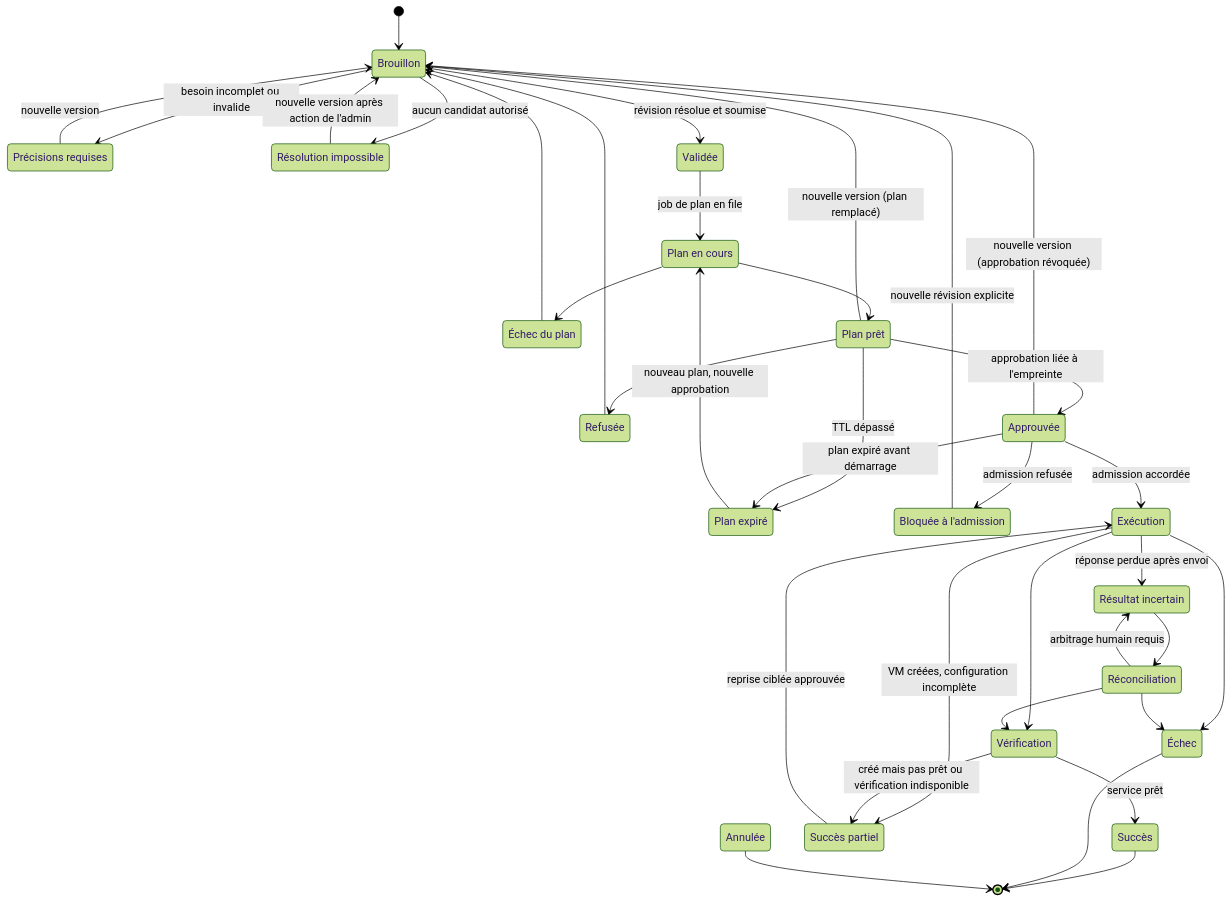
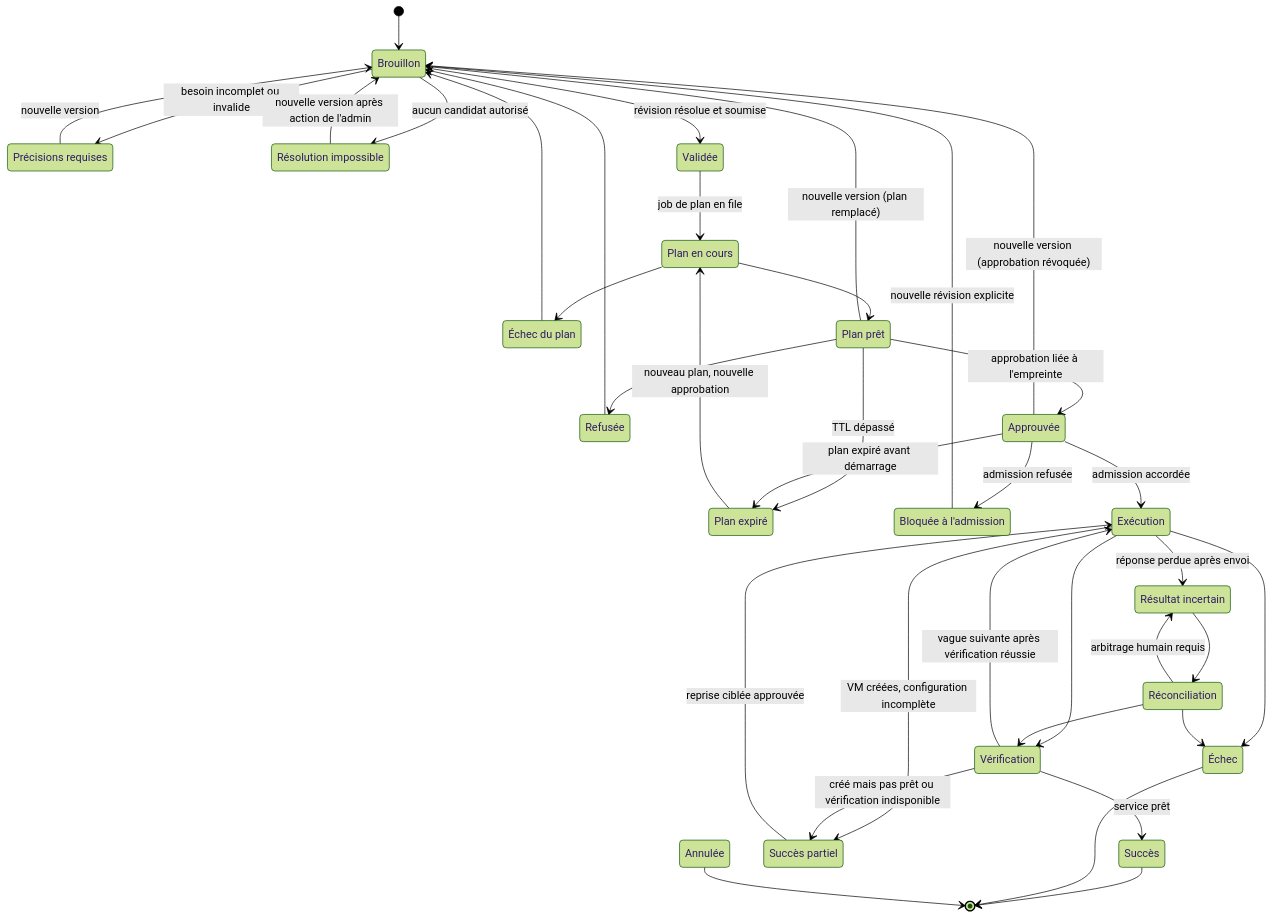
Before and after one commit to vincenttisseront/rackloom-: the fourth of 5 diagrams in docs/architecture.md, drawn with Mermaid (forest theme). The commit also changed other lines of this file and 54 other files, not shown here.

````diff
--- a/docs/architecture.md
+++ b/docs/architecture.md
@@ -208,58 +211,59 @@
 ```mermaid
 stateDiagram-v2
   state "Brouillon" as draft
   state "Précisions requises" as needs_info
   state "Résolution impossible" as resolution_blocked
   state "Validée" as validated
   state "Plan en cours" as planning
   state "Échec du plan" as plan_failed
   state "Plan prêt" as plan_ready
   state "Plan expiré" as plan_expired
   state "Refusée" as rejected
   state "Approuvée" as approved
   state "Bloquée à l'admission" as blocked
   state "Exécution" as executing
   state "Vérification" as verifying
   state "Succès" as succeeded
   state "Succès partiel" as partially_succeeded
   state "Échec" as failed
   state "Résultat incertain" as uncertain
   state "Réconciliation" as reconciling
   state "Annulée" as cancelled
 
   [*] --> draft
   draft --> needs_info: besoin incomplet ou invalide
   needs_info --> draft: nouvelle version
   draft --> resolution_blocked: aucun candidat autorisé
   resolution_blocked --> draft: nouvelle version après action de l'admin
   draft --> validated: révision résolue et soumise
   validated --> planning: job de plan en file
   planning --> plan_ready
   planning --> plan_failed
   plan_ready --> approved: approbation liée à l'empreinte
   plan_ready --> rejected
   plan_ready --> plan_expired: TTL dépassé
   plan_ready --> draft: nouvelle version (plan remplacé)
   approved --> executing: admission accordée
   approved --> blocked: admission refusée
   approved --> plan_expired: plan expiré avant démarrage
   approved --> draft: nouvelle version (approbation révoquée)
   blocked --> draft: nouvelle révision explicite
   plan_expired --> planning: nouveau plan, nouvelle approbation
   plan_failed --> draft
   rejected --> draft
   executing --> verifying
   executing --> failed
   executing --> partially_succeeded: VM créées, configuration incomplète
   executing --> uncertain: réponse perdue après envoi
   uncertain --> reconciling
   reconciling --> verifying
   reconciling --> failed
   reconciling --> uncertain: arbitrage humain requis
   verifying --> succeeded: service prêt
   verifying --> partially_succeeded: créé mais pas prêt ou vérification indisponible
+  verifying --> executing: vague suivante après vérification réussie
   partially_succeeded --> executing: reprise ciblée approuvée
   succeeded --> [*]
   failed --> [*]
   cancelled --> [*]
 ```
````
